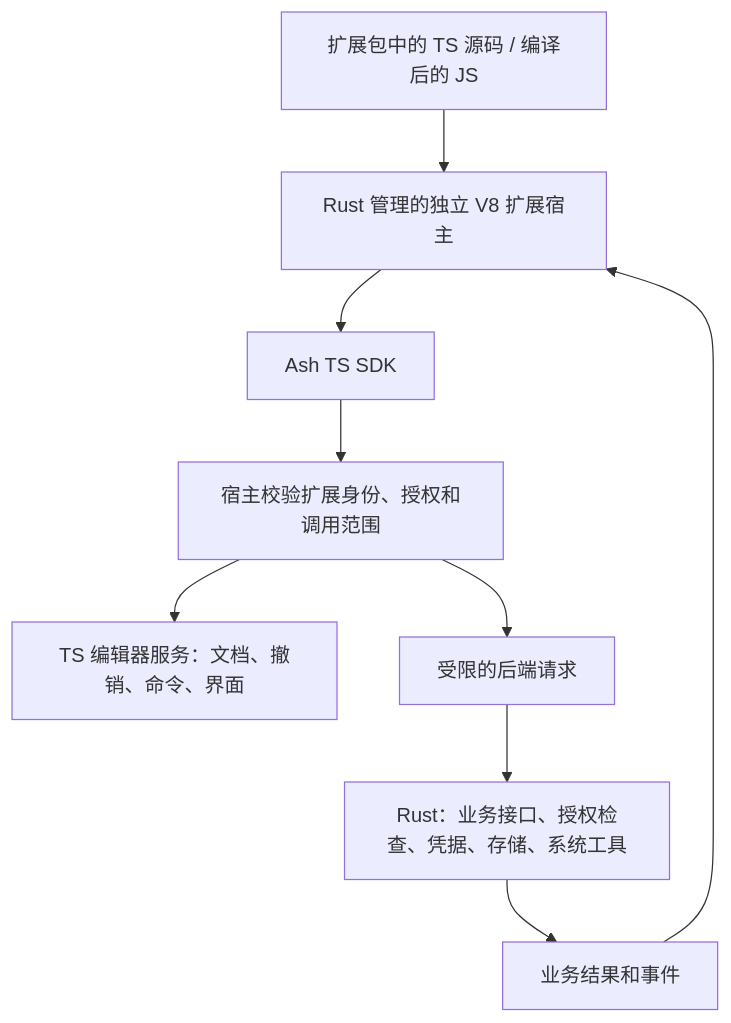
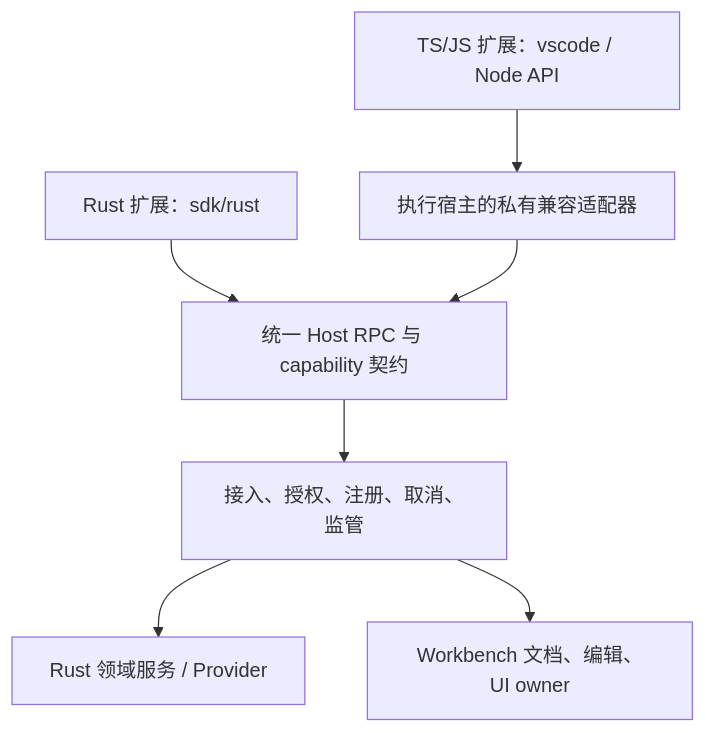
The third of 5 diagrams in docs/editor-extensions.md (chogng/ash), drawn with Mermaid before and after one commit. The commit also changed other lines of this file and 115 other files, not shown here.

````diff
--- a/docs/editor-extensions.md
+++ b/docs/editor-extensions.md
@@ -211,11 +326,9 @@
 ```mermaid
 flowchart TD
-    package["扩展包中的 TS 源码 / 编译后的 JS"] --> runtime["Rust 管理的独立 V8 扩展宿主"]
-    runtime --> sdk["Ash TS SDK"]
-    sdk --> host["宿主校验扩展身份、授权和调用范围"]
-    host --> editor["TS 编辑器服务：文档、撤销、命令、界面"]
-    host --> request["受限的后端请求"]
-    request --> backend["Rust：业务接口、授权检查、凭据、存储、系统工具"]
-    backend --> reply["业务结果和事件"]
-    reply --> runtime
+    js["TS/JS 扩展：vscode / Node API"] --> adapter["执行宿主的私有兼容适配器"]
+    rs["Rust 扩展：sdk/rust"] --> rpc["统一 Host RPC 与 capability 契约"]
+    adapter --> rpc
+    rpc --> supervisor["接入、授权、注册、取消、监管"]
+    supervisor --> backend["Rust 领域服务 / Provider"]
+    supervisor --> workbench["Workbench 文档、编辑、UI owner"]
 ```
````
